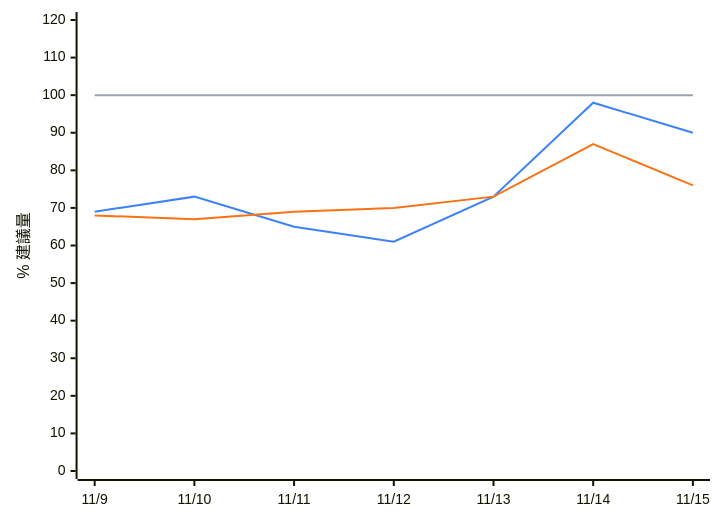
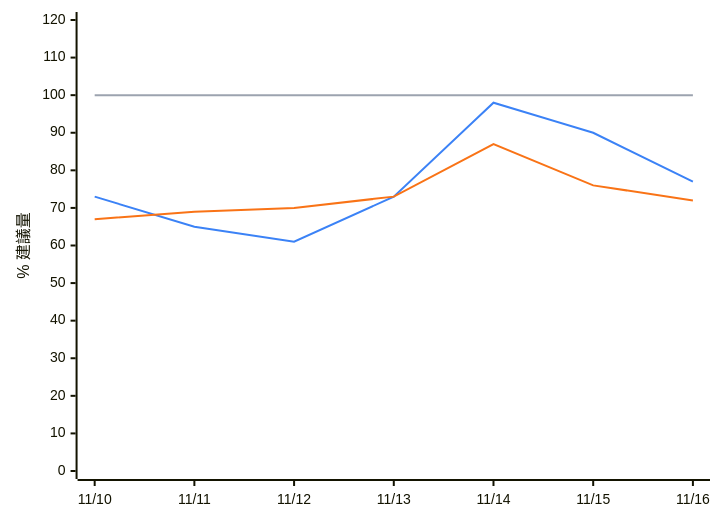
The diagram in README.md (PorriD63/MinaLisa), drawn with Mermaid before and after one commit. The commit also changed other lines of this file and 2 other files, not shown here.

````diff
--- a/README.md
+++ b/README.md
@@ -34,9 +27,9 @@
 ```mermaid
 %%{init: {"themeVariables": {"xyChart": {"plotColorPalette": "#3b82f6, #f97316, #9ca3af"}}}}%%
 xychart-beta
-    x-axis ["11/9", "11/10", "11/11", "11/12", "11/13", "11/14", "11/15"]
+    x-axis ["11/10", "11/11", "11/12", "11/13", "11/14", "11/15", "11/16"]
     y-axis "% 建議量" 0 --> 120
-    line [69, 73, 65, 61, 73, 98, 90]
-    line [68, 67, 69, 70, 73, 87, 76]
+    line [73, 65, 61, 73, 98, 90, 77]
+    line [67, 69, 70, 73, 87, 76, 72]
     line [100, 100, 100, 100, 100, 100, 100]
 ```
````
